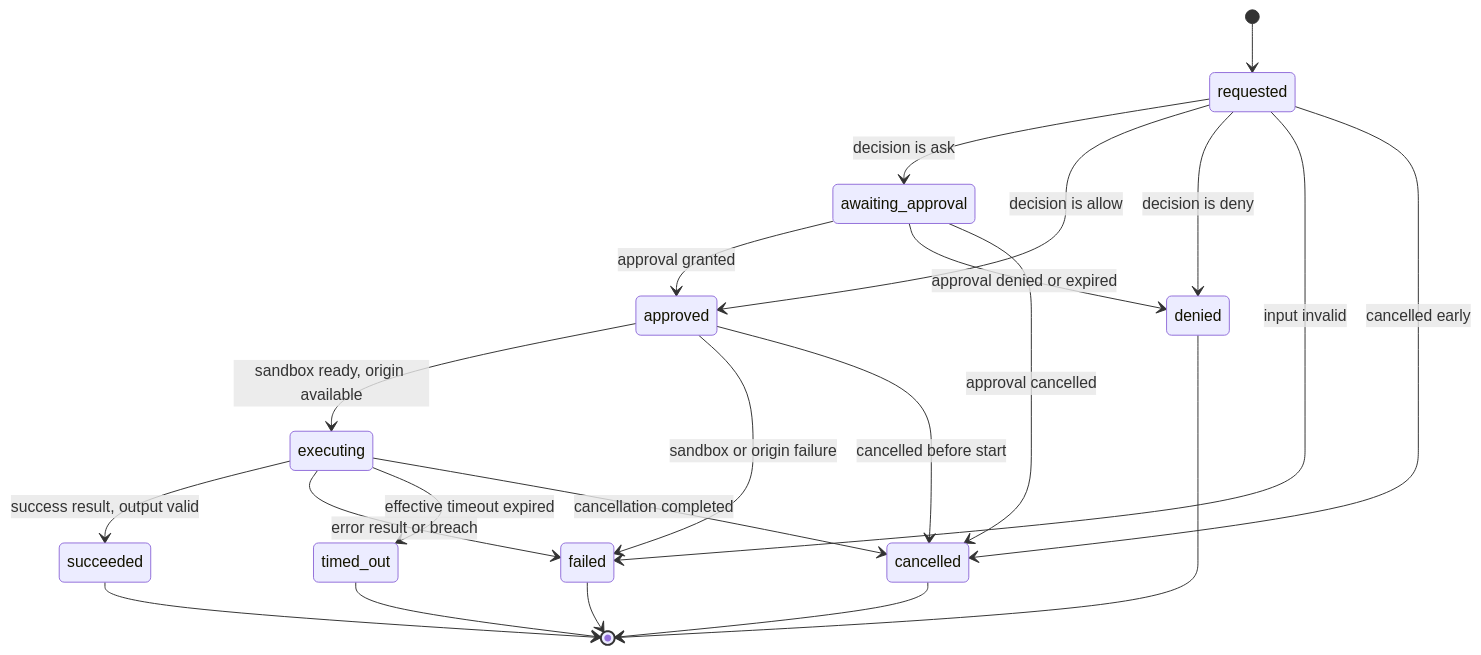
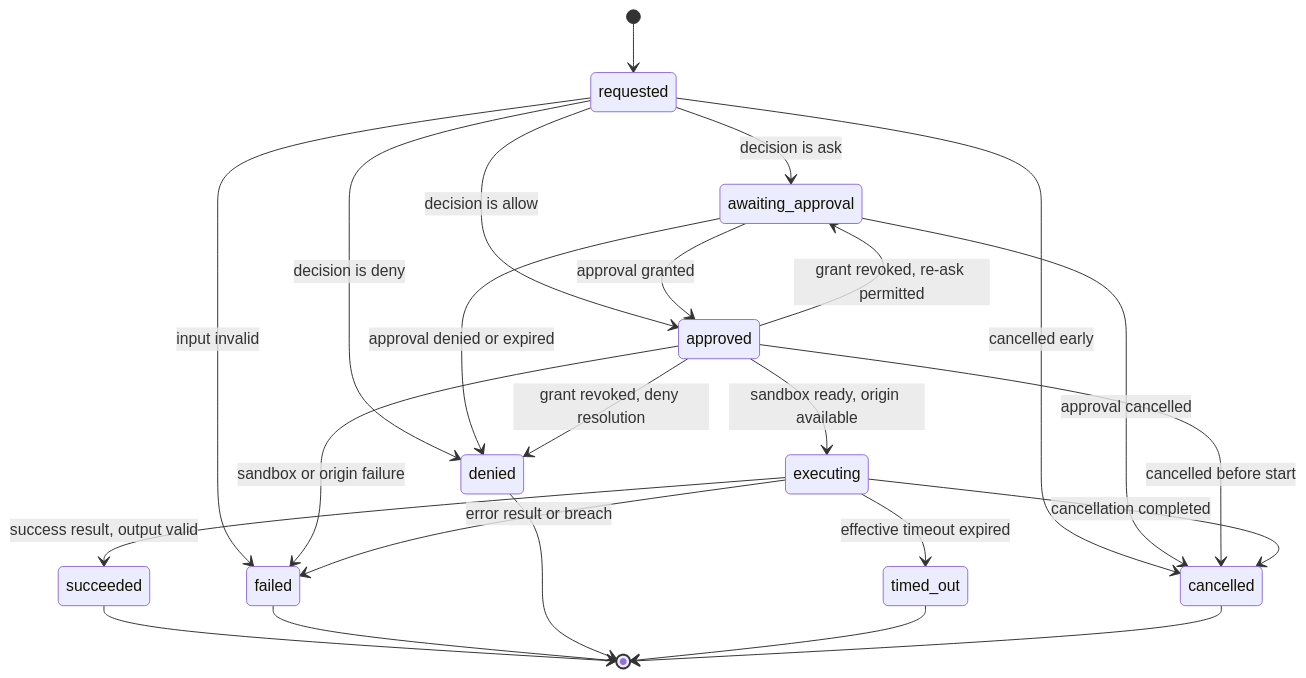
One commit to datamaia/andromeda changed the diagram in docs/spec/volume-06-tools-mcp-skills-plugins/04-tool-invocation-state-machine.md. Above: the diagram before and after it, drawn with Mermaid. The commit also changed other lines of this file and 30 other files, not shown here.

````diff
--- a/docs/spec/volume-06-tools-mcp-skills-plugins/04-tool-invocation-state-machine.md
+++ b/docs/spec/volume-06-tools-mcp-skills-plugins/04-tool-invocation-state-machine.md
@@ -9,24 +9,26 @@
 ```mermaid
 stateDiagram-v2
     [*] --> requested
     requested --> awaiting_approval : decision is ask
     requested --> approved : decision is allow
     requested --> denied : decision is deny
     requested --> failed : input invalid
     requested --> cancelled : cancelled early
     awaiting_approval --> approved : approval granted
     awaiting_approval --> denied : approval denied or expired
     awaiting_approval --> cancelled : approval cancelled
     approved --> executing : sandbox ready, origin available
     approved --> failed : sandbox or origin failure
     approved --> cancelled : cancelled before start
+    approved --> awaiting_approval : grant revoked, re-ask permitted
+    approved --> denied : grant revoked, deny resolution
     executing --> succeeded : success result, output valid
     executing --> failed : error result or breach
     executing --> timed_out : effective timeout expired
     executing --> cancelled : cancellation completed
     succeeded --> [*]
     failed --> [*]
     denied --> [*]
     timed_out --> [*]
     cancelled --> [*]
 ```
````
